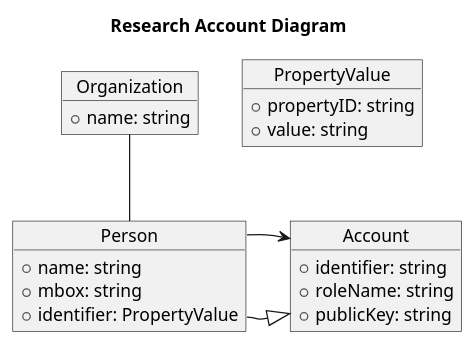
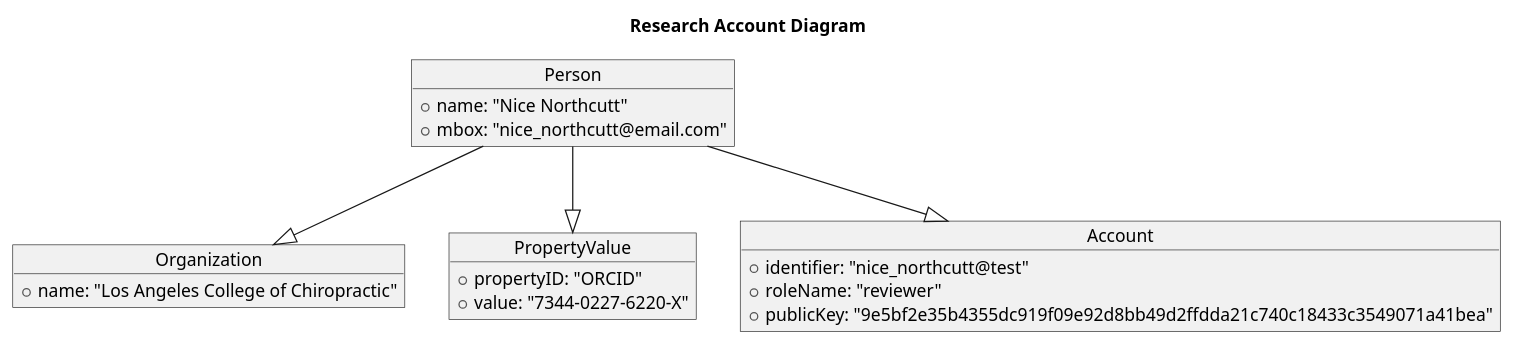
One commit to OliveiraEdu/d-OSP changed the diagram in diagrams/plantUML/account_object.wsd. Above: the diagram before and after it, drawn with PlantUML. The commit also changed 39 other files, not shown here.

```diff
--- a/diagrams/plantUML/account_object.wsd
+++ b/diagrams/plantUML/account_object.wsd
@@ -1,35 +1,33 @@
-@startuml
+@startuml account_class
+
 title Research Account Diagram
 skinparam monochrome true
 
+top to bottom direction
+
 object Person {
-  + name: string
-  + mbox: string
-  + identifier: PropertyValue
+  + name: "Nice Northcutt"
+  + mbox: "nice_northcutt@email.com"
+  
 }
 
 object Organization {
-  + name: string
+  + name: "Los Angeles College of Chiropractic"
 }
 
 object PropertyValue {
-  + propertyID: string
-  + value: string
+  + propertyID: "ORCID"
+  + value: "7344-0227-6220-X"
 }
 
 object Account {
-  + identifier: string
-  + roleName: string
-  + publicKey: string
+  + identifier: "nice_northcutt@test"
+  + roleName: "reviewer"
+  + publicKey: "9e5bf2e35b4355dc919f09e92d8bb49d2ffdda21c740c18433c3549071a41bea"
 }
 
 Person --|> Account
-
-Organization -- Person
-
-Person -right-> Account
-
-
-
+Person --|> Organization
+Person --|> PropertyValue
 
 @enduml
```
